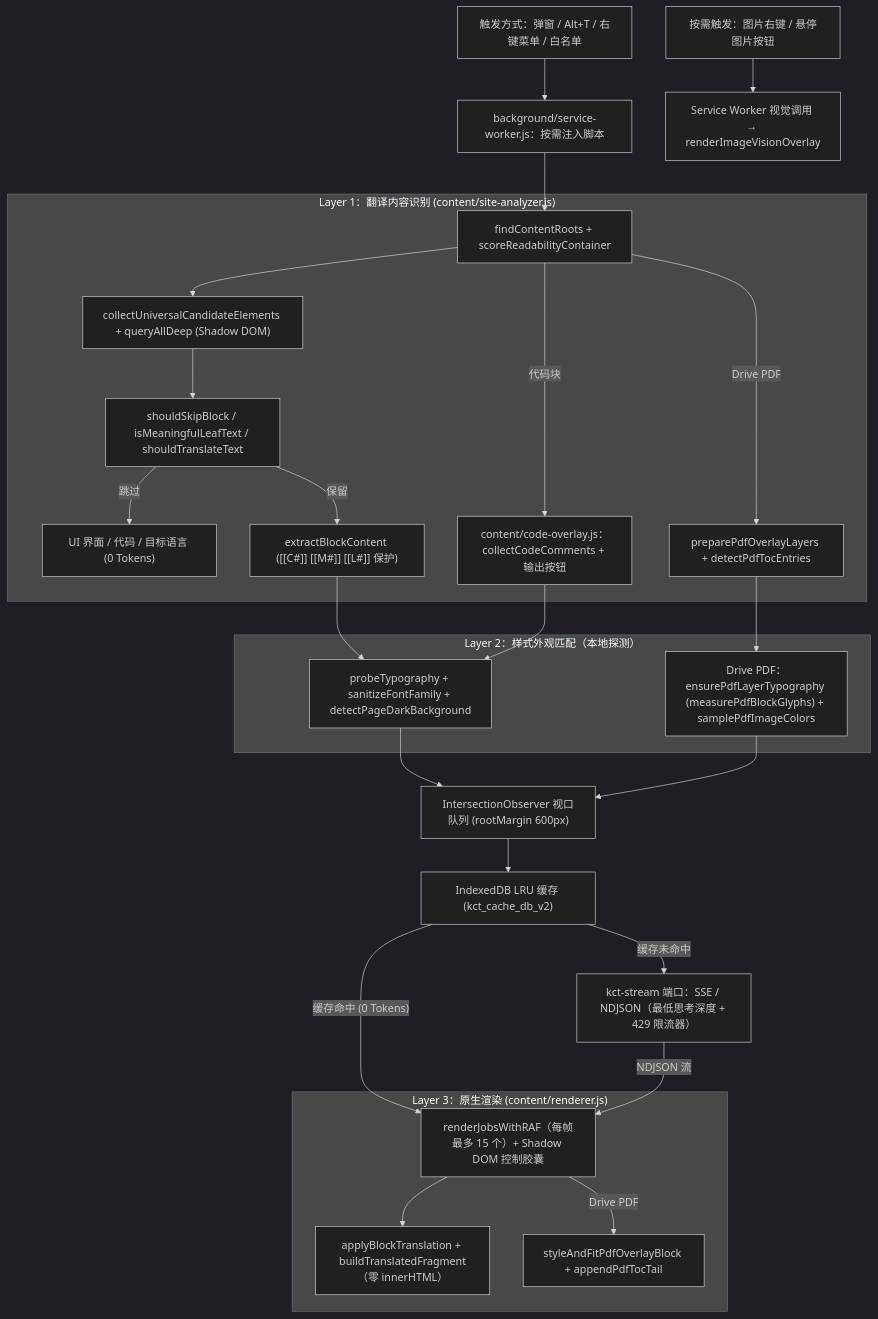
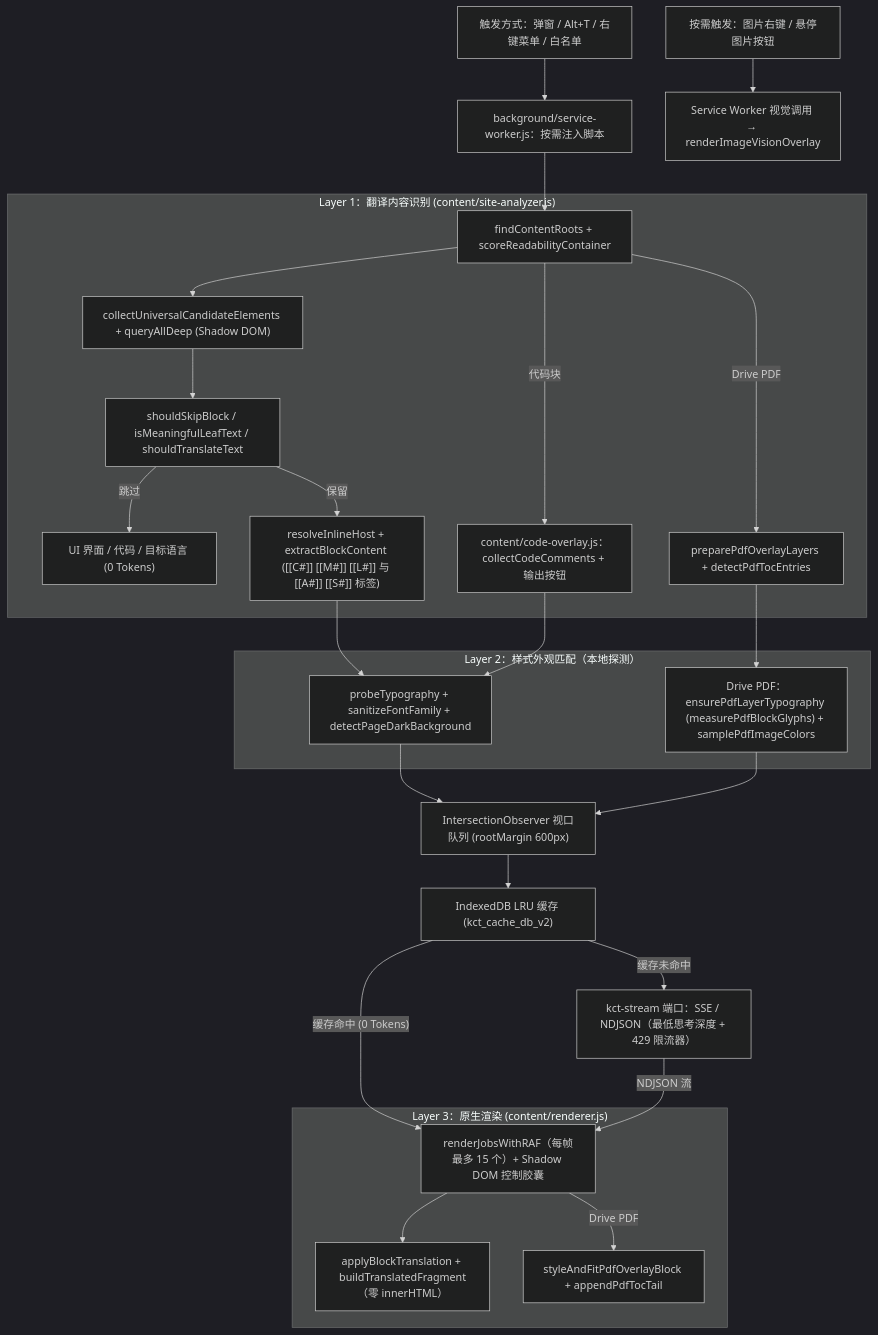
The second of 2 diagrams in README.zh-CN.md (Chih-Kai-Wang/kaggle-course-translator), drawn with Mermaid (dark theme) before and after one commit. The commit also changed other lines of this file and 47 other files, not shown here.

````diff
--- a/README.zh-CN.md
+++ b/README.zh-CN.md
@@ -104,39 +126,39 @@
 ```mermaid
 flowchart TD
     A["触发方式：弹窗 / Alt+T / 右键菜单 / 白名单"] --> B["background/service-worker.js：按需注入脚本"]
     B --> C1
 
     subgraph L1["Layer 1：翻译内容识别 (content/site-analyzer.js)"]
         C1["findContentRoots + scoreReadabilityContainer"]
         C1 --> C2["collectUniversalCandidateElements + queryAllDeep (Shadow DOM)"]
         C2 --> C3["shouldSkipBlock / isMeaningfulLeafText / shouldTranslateText"]
         C3 -->|"跳过"| SKIP["UI 界面 / 代码 / 目标语言 (0 Tokens)"]
-        C3 -->|"保留"| C4["extractBlockContent ([[C#]] [[M#]] [[L#]] 保护)"]
+        C3 -->|"保留"| C4["resolveInlineHost + extractBlockContent ([[C#]] [[M#]] [[L#]] 与 [[A#]] [[S#]] 标签)"]
         C1 -->|"Drive PDF"| C5["preparePdfOverlayLayers + detectPdfTocEntries"]
         C1 -->|"代码块"| C6["content/code-overlay.js：collectCodeComments + 输出按钮"]
     end
 
     subgraph L2["Layer 2：样式外观匹配（本地探测）"]
         D1["probeTypography + sanitizeFontFamily + detectPageDarkBackground"]
         D2["Drive PDF：ensurePdfLayerTypography (measurePdfBlockGlyphs) + samplePdfImageColors"]
     end
 
     C4 --> D1
     C6 --> D1
     C5 --> D2
 
     D1 --> Q1["IntersectionObserver 视口队列 (rootMargin 600px)"]
     D2 --> Q1
     Q1 --> Q2["IndexedDB LRU 缓存 (kct_cache_db_v2)"]
     Q2 -->|"缓存命中 (0 Tokens)"| R1
     Q2 -->|"缓存未命中"| Q3["kct-stream 端口：SSE / NDJSON（最低思考深度 + 429 限流器）"]
     Q3 -->|"NDJSON 流"| R1
 
     subgraph L3["Layer 3：原生渲染 (content/renderer.js)"]
         R1["renderJobsWithRAF（每帧最多 15 个）+ Shadow DOM 控制胶囊"]
         R1 --> R2["applyBlockTranslation + buildTranslatedFragment（零 innerHTML）"]
         R1 -->|"Drive PDF"| R3["styleAndFitPdfOverlayBlock + appendPdfTocTail"]
     end
 
     M1["按需触发：图片右键 / 悬停图片按钮"] --> M2["Service Worker 视觉调用 → renderImageVisionOverlay"]
 ```
````
